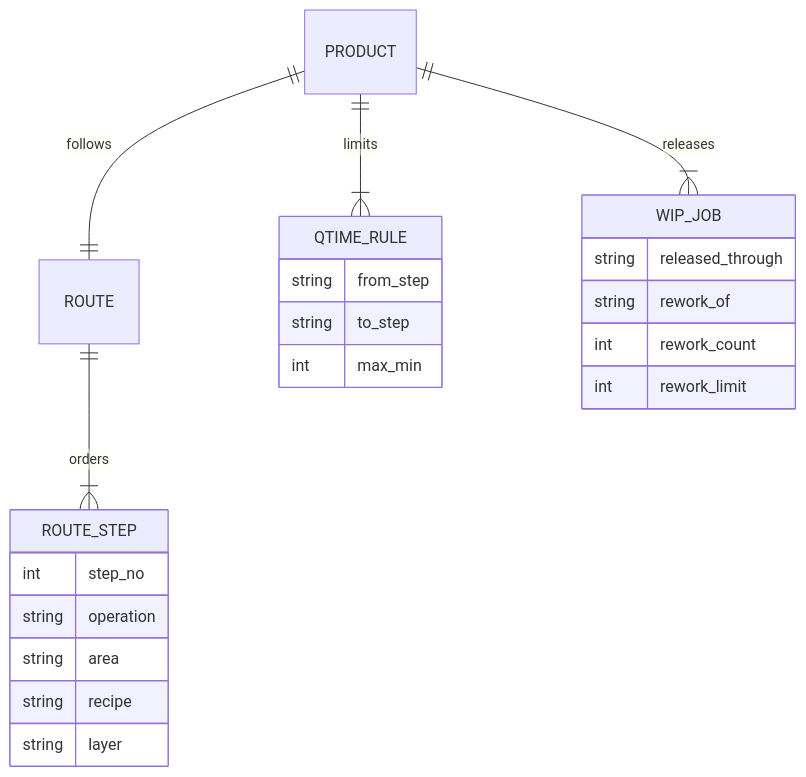
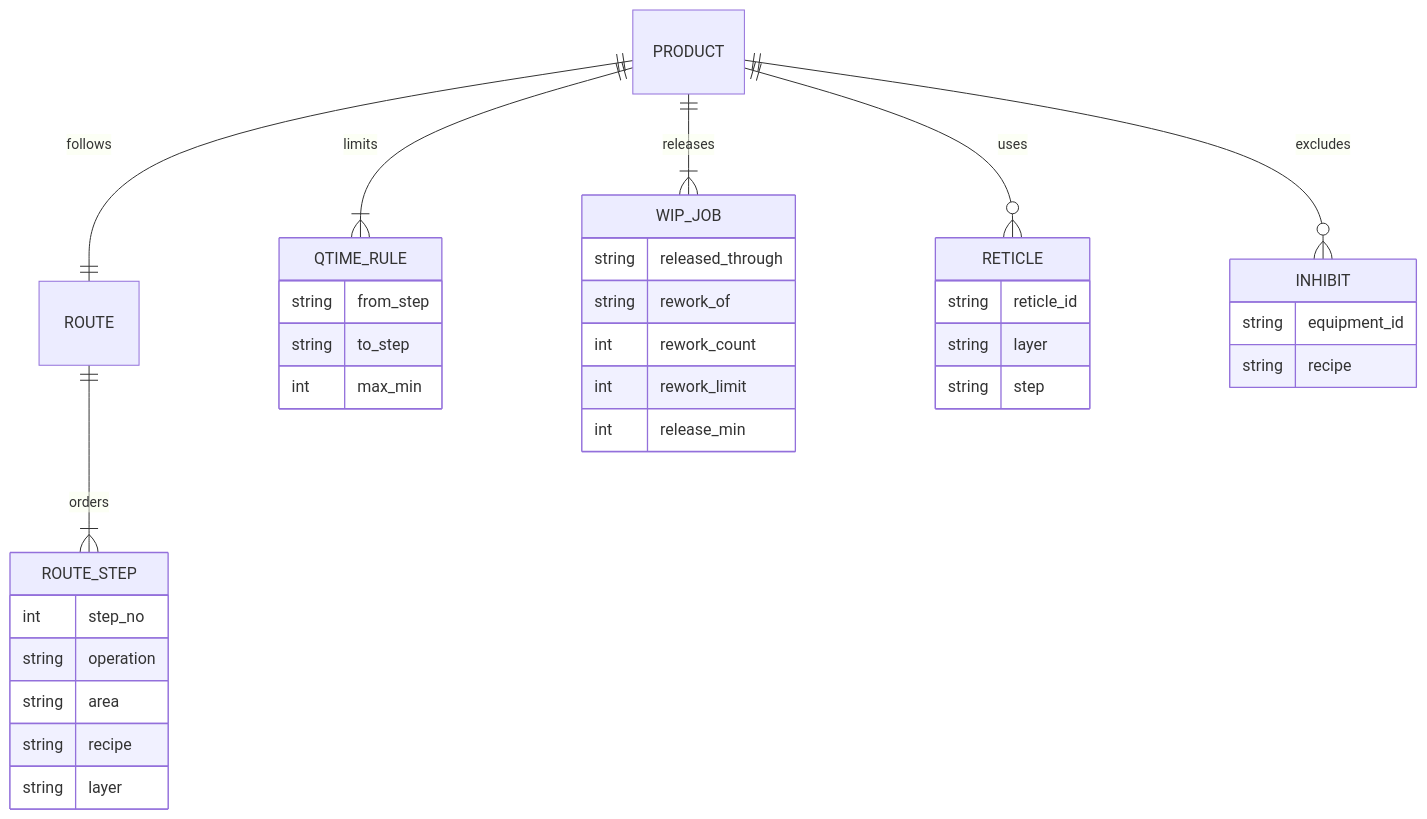
One commit to Toygaolingxiao/ResiliMES-AI changed the diagram in docs/ARCHITECTURE.md. Above: the diagram before and after it, drawn with Mermaid. The commit also changed other lines of this file and 24 other files, not shown here.

````diff
--- a/docs/ARCHITECTURE.md
+++ b/docs/ARCHITECTURE.md
@@ -17,25 +17,37 @@
 ```mermaid
 erDiagram
   PRODUCT ||--|| ROUTE : follows
   ROUTE ||--|{ ROUTE_STEP : orders
   PRODUCT ||--|{ QTIME_RULE : limits
   PRODUCT ||--|{ WIP_JOB : releases
   ROUTE_STEP {
     int step_no
     string operation
     string area
     string recipe
     string layer
   }
   QTIME_RULE {
     string from_step
     string to_step
     int max_min
   }
+  PRODUCT ||--o{ RETICLE : uses
+  PRODUCT ||--o{ INHIBIT : excludes
   WIP_JOB {
     string released_through
     string rework_of
     int rework_count
     int rework_limit
+    int release_min
+  }
+  RETICLE {
+    string reticle_id
+    string layer
+    string step
+  }
+  INHIBIT {
+    string equipment_id
+    string recipe
   }
 ```
````
